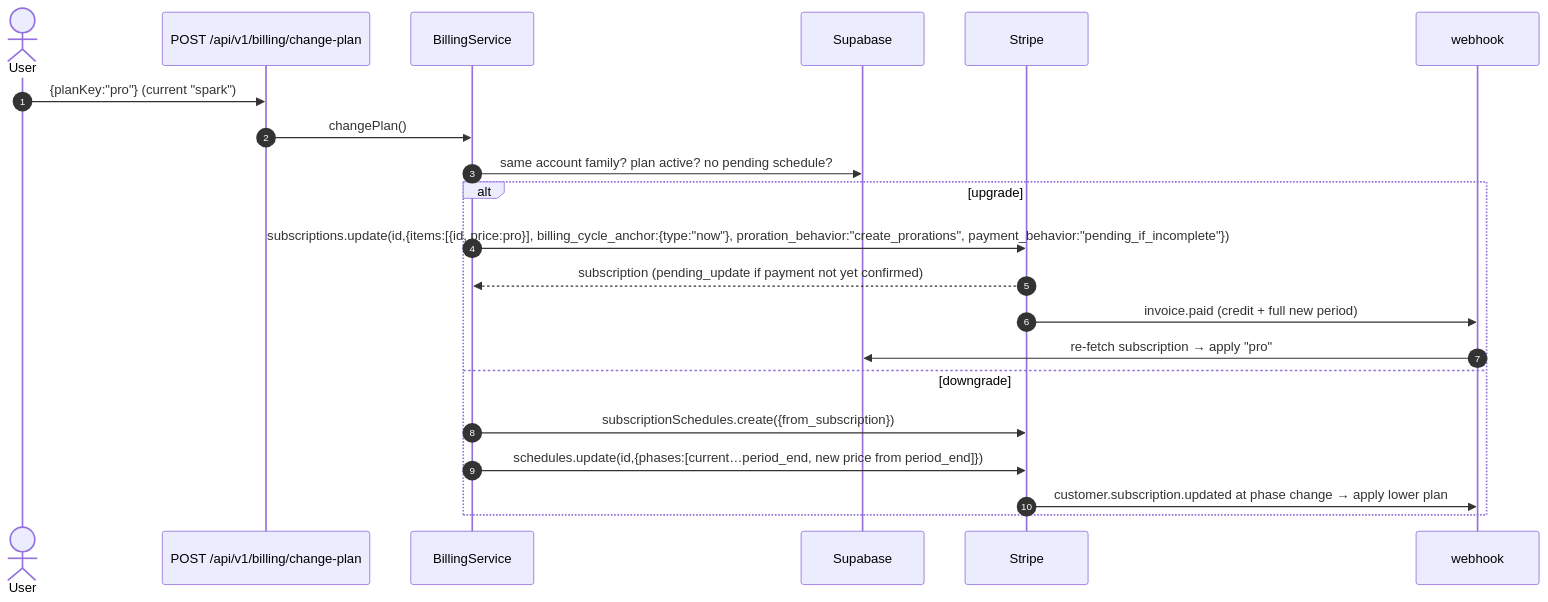
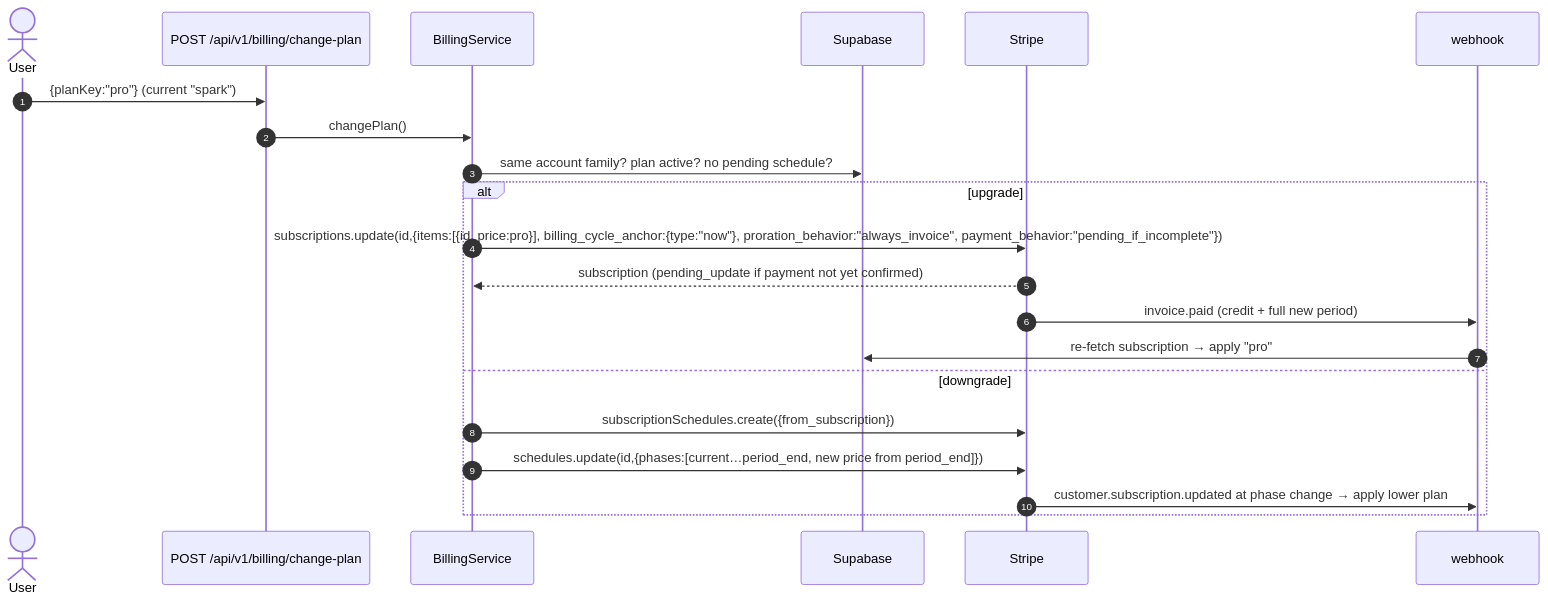
The fifth of 6 diagrams in docs/plans/662-stripe-integration.md (logyQT/studiq), drawn with Mermaid before and after one commit. The commit also changed other lines of this file and 20 other files, not shown here.

````diff
--- a/docs/plans/662-stripe-integration.md
+++ b/docs/plans/662-stripe-integration.md
@@ -227,24 +227,24 @@
 ```mermaid
 sequenceDiagram
     autonumber
     actor U as User
     participant API as POST /api/v1/billing/change-plan
     participant B as BillingService
     participant DB as Supabase
     participant S as Stripe
     participant W as webhook
 
     U->>API: {planKey:"pro"} (current "spark")
     API->>B: changePlan()
     B->>DB: same account family? plan active? no pending schedule?
     alt upgrade
-        B->>S: subscriptions.update(id,{items:[{id, price:pro}], billing_cycle_anchor:{type:"now"}, proration_behavior:"create_prorations", payment_behavior:"pending_if_incomplete"})
+        B->>S: subscriptions.update(id,{items:[{id, price:pro}], billing_cycle_anchor:{type:"now"}, proration_behavior:"always_invoice", payment_behavior:"pending_if_incomplete"})
         S-->>B: subscription (pending_update if payment not yet confirmed)
         S->>W: invoice.paid (credit + full new period)
         W->>DB: re-fetch subscription → apply "pro"
     else downgrade
         B->>S: subscriptionSchedules.create({from_subscription})
         B->>S: schedules.update(id,{phases:[current…period_end, new price from period_end]})
         S->>W: customer.subscription.updated at phase change → apply lower plan
     end
 ```
````
